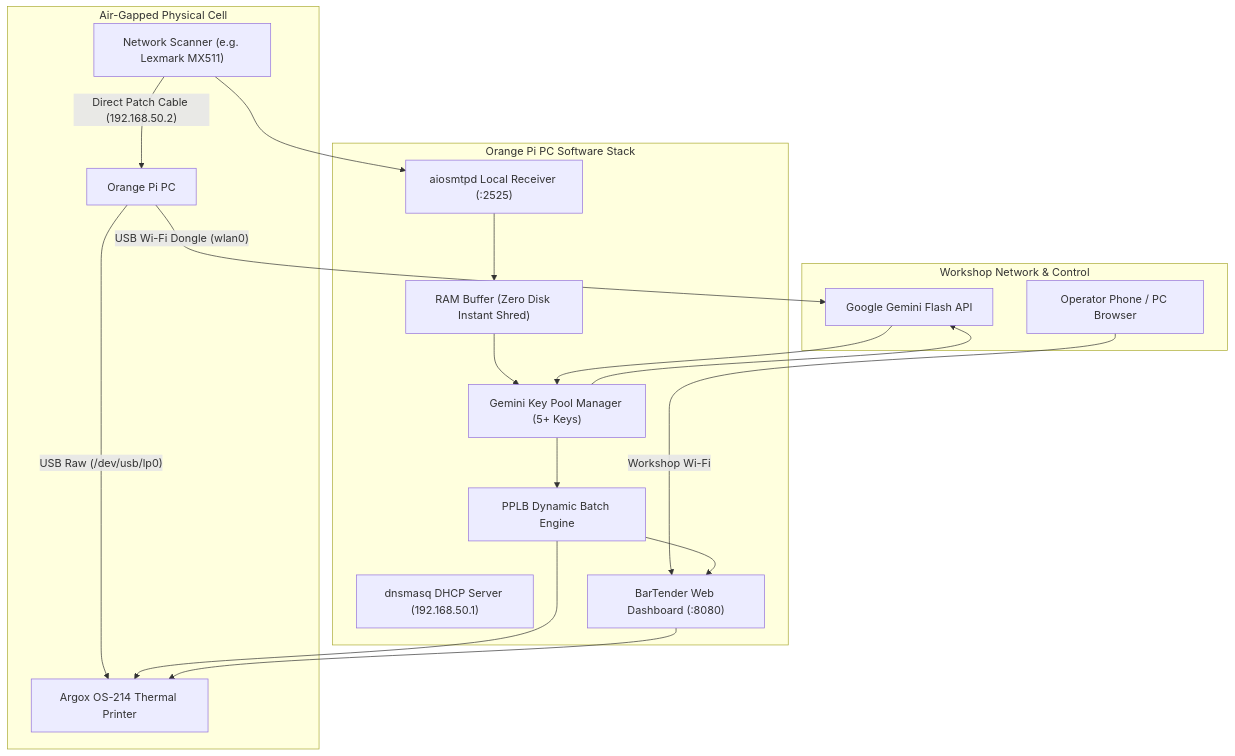
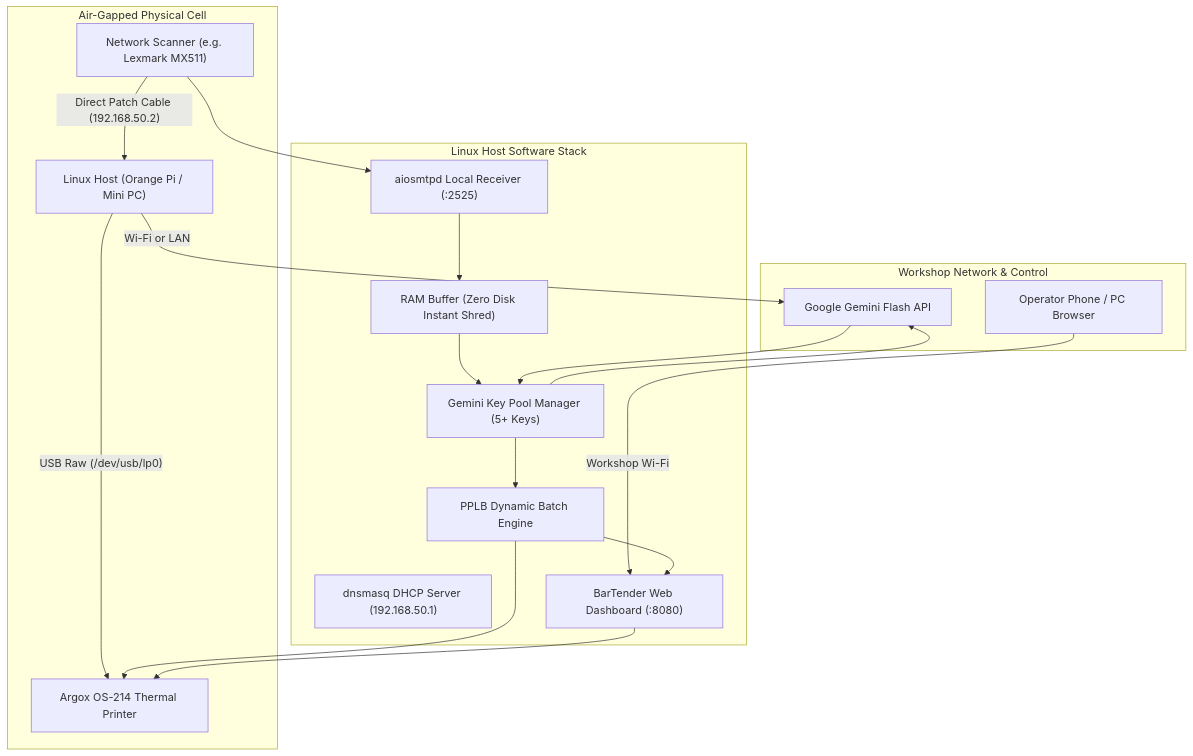
Before and after one commit to kylerichter36-coder/auto-label-orchestrator: the diagram in README.md, drawn with Mermaid. The commit also changed other lines of this file, not shown here.

Commit message:
docs: clarify single universal codebase across all Linux architectures (ARM32, ARM64, x86, x64)

````diff
--- a/README.md
+++ b/README.md
@@ -58,31 +73,31 @@
 ```mermaid
 graph TD
     subgraph Cell ["Air-Gapped Physical Cell"]
-        Scanner["Network Scanner (e.g. Lexmark MX511)"] -- "Direct Patch Cable (192.168.50.2)" --> Pi["Orange Pi PC"]
-        Pi -- "USB Raw (/dev/usb/lp0)" --> Argox["Argox OS-214 Thermal Printer"]
+        Scanner["Network Scanner (e.g. Lexmark MX511)"] -- "Direct Patch Cable (192.168.50.2)" --> Host["Linux Host (Orange Pi / Mini PC)"]
+        Host -- "USB Raw (/dev/usb/lp0)" --> Argox["Argox OS-214 Thermal Printer"]
     end
 
-    subgraph Stack ["Orange Pi PC Software Stack"]
+    subgraph Stack ["Linux Host Software Stack"]
         DHCP["dnsmasq DHCP Server (192.168.50.1)"]
         SMTP["aiosmtpd Local Receiver (:2525)"]
         RAM["RAM Buffer (Zero Disk Instant Shred)"]
         Pool["Gemini Key Pool Manager (5+ Keys)"]
         PPLB["PPLB Dynamic Batch Engine"]
         WebUI["BarTender Web Dashboard (:8080)"]
     end
 
     subgraph Control ["Workshop Network & Control"]
-        Pi -- "USB Wi-Fi Dongle (wlan0)" --> Cloud["Google Gemini Flash API"]
+        Host -- "Wi-Fi or LAN" --> Cloud["Google Gemini Flash API"]
         Operator["Operator Phone / PC Browser"] -- "Workshop Wi-Fi" --> WebUI
     end
 
     Scanner --> SMTP
     SMTP --> RAM
     RAM --> Pool
     Pool --> Cloud
     Cloud --> Pool
     Pool --> PPLB
     PPLB --> Argox
     PPLB --> WebUI
     WebUI --> Argox
 ```
````
